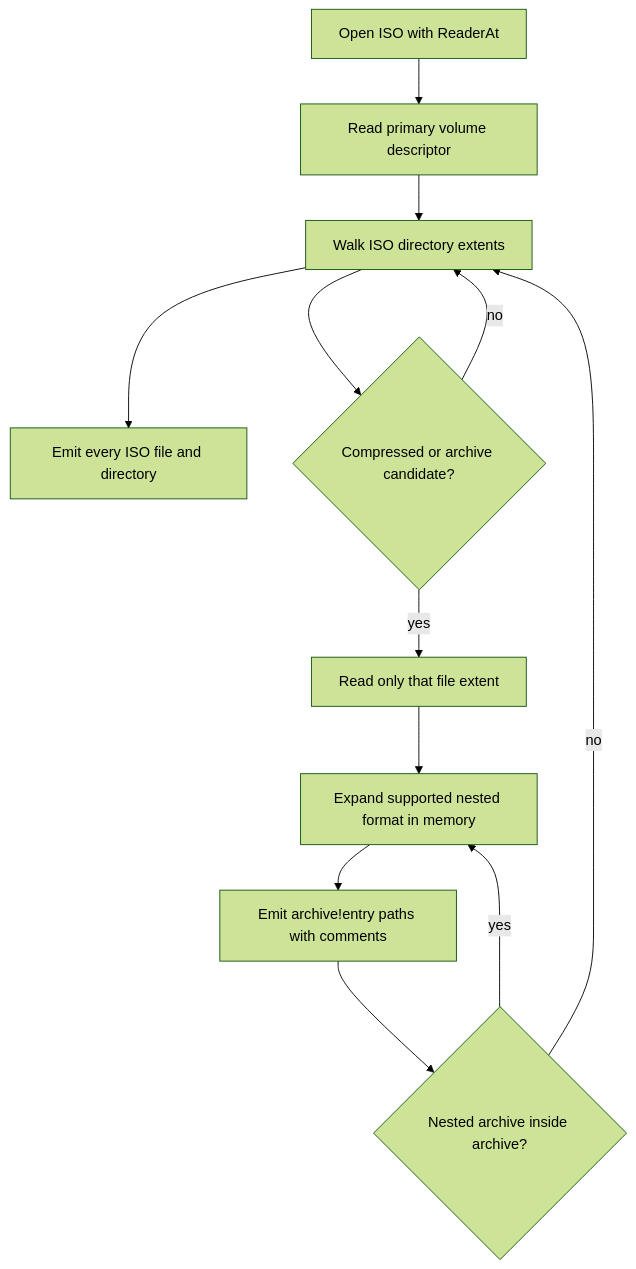
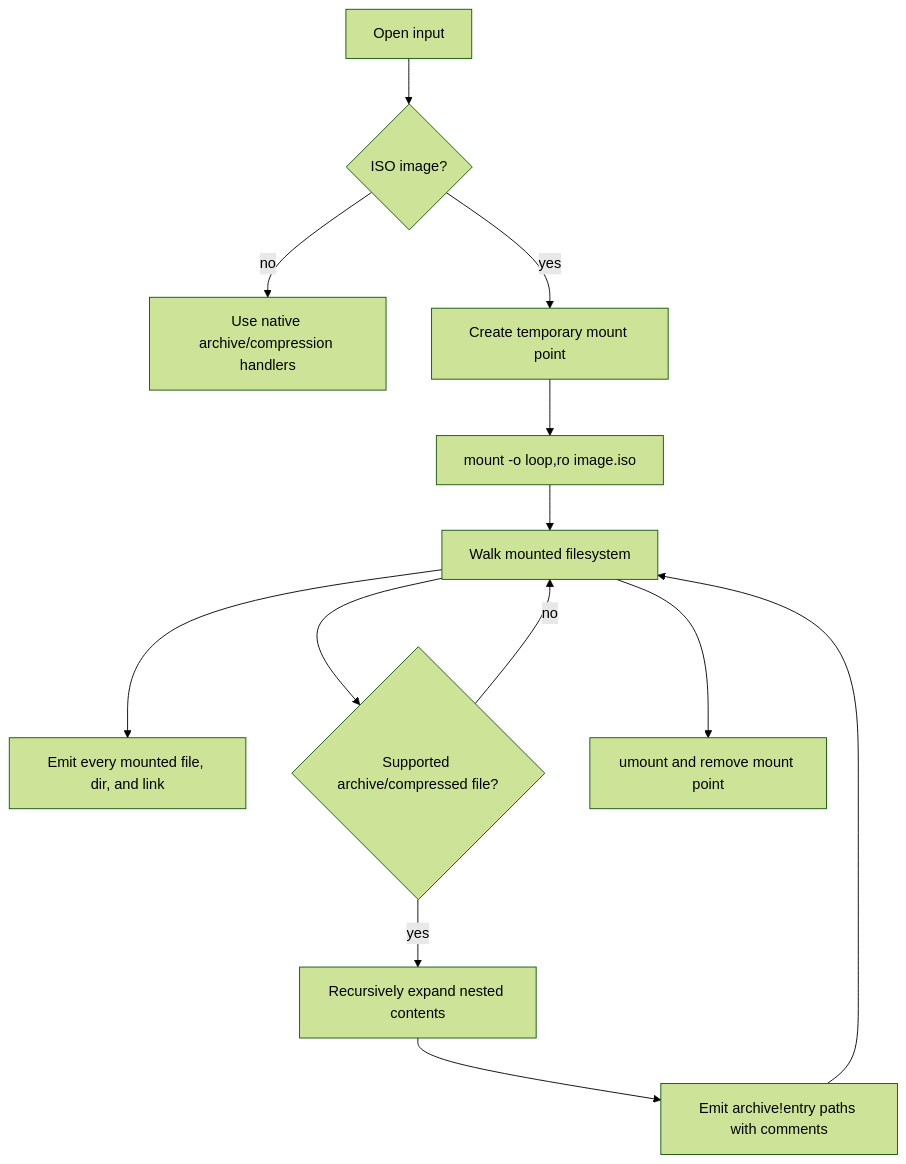
One commit to Mjwagner2277/omega-file-lister changed the diagram in README.md. Above: the diagram before and after it, drawn with Mermaid (forest theme). The commit also changed other lines of this file and 8 other files, not shown here.

Commit message:
Make ISO listing mount-only

````diff
--- a/README.md
+++ b/README.md
@@ -25,14 +27,15 @@
 ```mermaid
 flowchart TD
-    A[Open ISO with ReaderAt] --> B[Read primary volume descriptor]
-    B --> C[Walk ISO directory extents]
-    C --> D[Emit every ISO file and directory]
-    C --> E{Compressed or archive candidate?}
-    E -- no --> C
-    E -- yes --> F[Read only that file extent]
-    F --> G[Expand supported nested format in memory]
-    G --> H[Emit archive!entry paths with comments]
-    H --> I{Nested archive inside archive?}
-    I -- yes --> G
-    I -- no --> C
+    A[Open input] --> B{ISO image?}
+    B -- no --> C[Use native archive/compression handlers]
+    B -- yes --> D[Create temporary mount point]
+    D --> E[mount -o loop,ro image.iso]
+    E --> F[Walk mounted filesystem]
+    F --> G[Emit every mounted file, dir, and link]
+    F --> H{Supported archive/compressed file?}
+    H -- yes --> I[Recursively expand nested contents]
+    I --> J[Emit archive!entry paths with comments]
+    H -- no --> F
+    J --> F
+    F --> K[umount and remove mount point]
 ```
````
